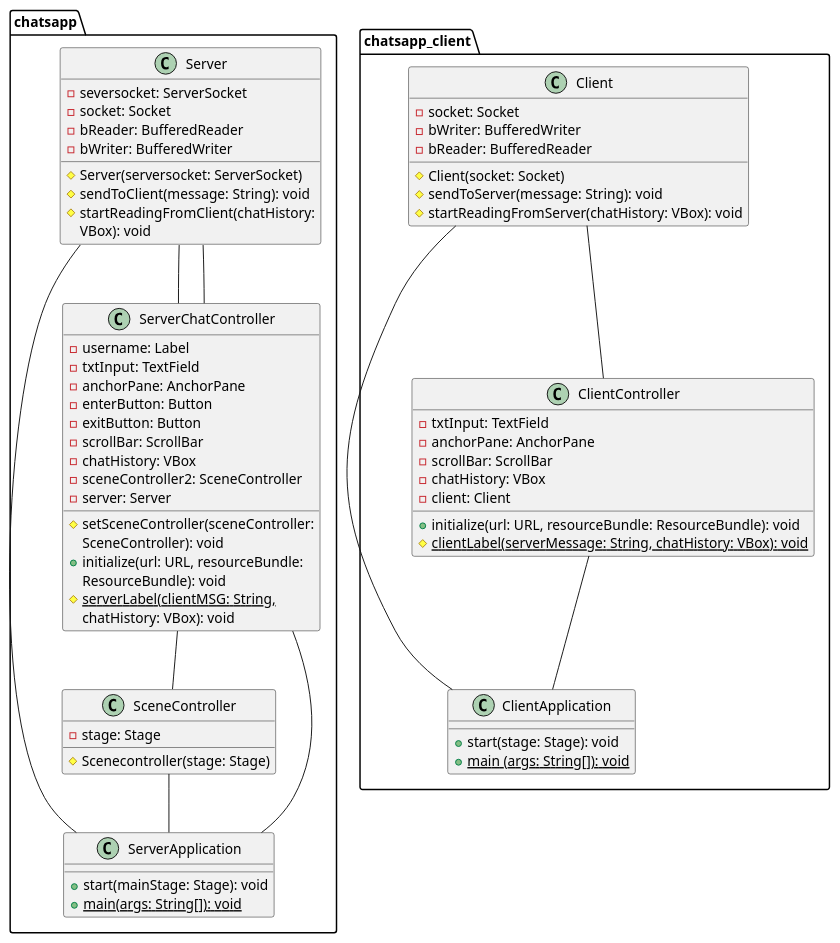
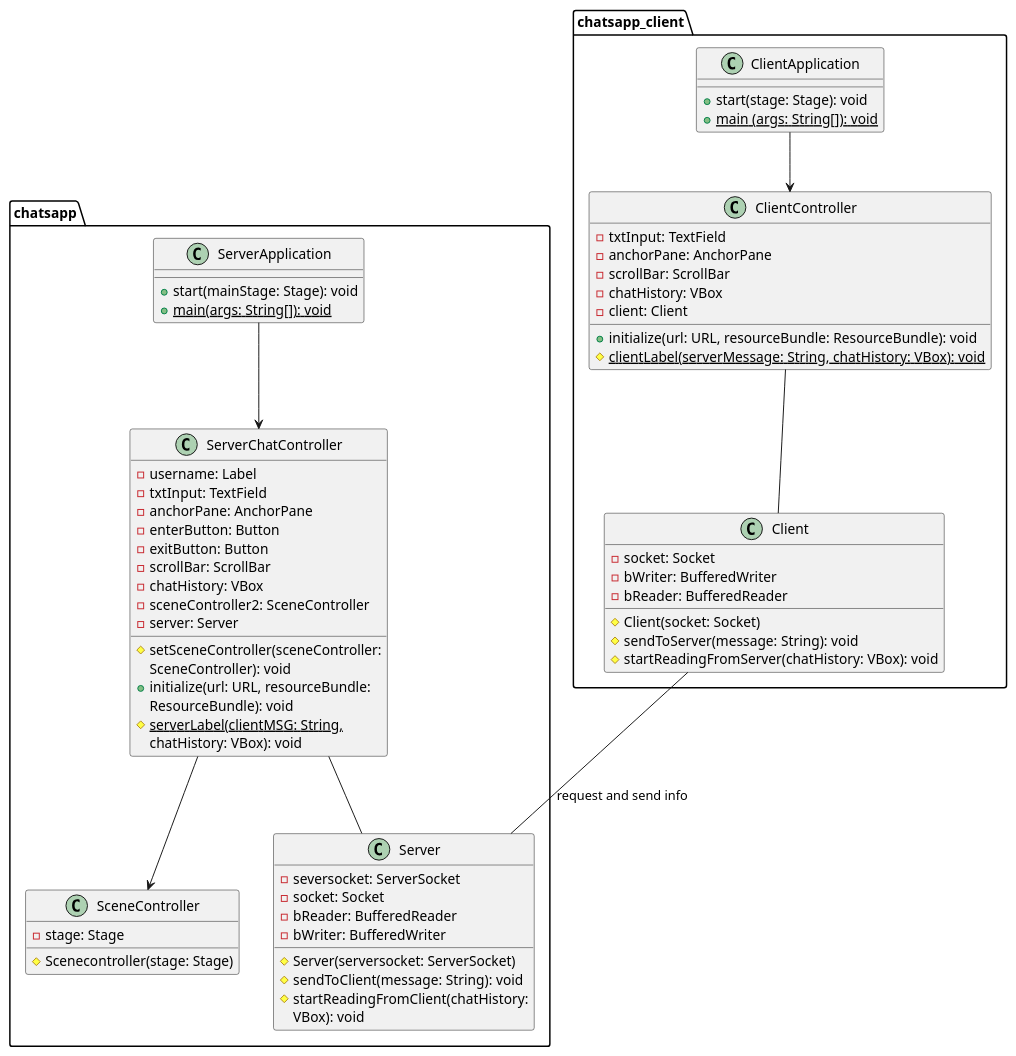
One commit to Nelle868/ChatsApp changed the diagram in classdiagram.puml. Above: the diagram before and after it, drawn with PlantUML.

```diff
--- a/classdiagram.puml
+++ b/classdiagram.puml
@@ -1,79 +1,80 @@
 @startuml
 
 package chatsapp {
     class SceneController{
      - stage: Stage
      # Scenecontroller(stage: Stage)
  }
     class Server{
      - seversocket: ServerSocket
      - socket: Socket
      - bReader: BufferedReader
      - bWriter: BufferedWriter
      # Server(serversocket: ServerSocket)
      # sendToClient(message: String): void
      # startReadingFromClient(chatHistory: 
  VBox): void
  }
     class ServerApplication{
      + start(mainStage: Stage): void 
      + {static} main(args: String[]): void
  }
     class ServerChatController{
      - username: Label
      - txtInput: TextField
      - anchorPane: AnchorPane
      - enterButton: Button
      - exitButton: Button
      - scrollBar: ScrollBar
      - chatHistory: VBox
      - sceneController2: SceneController
      - server: Server
      # setSceneController(sceneController: 
  SceneController): void
      + initialize(url: URL, resourceBundle: 
  ResourceBundle): void
      # {static} serverLabel(clientMSG: String, 
  chatHistory: VBox): void 
  
  }
 }
 
 package chatsapp_client {
     class Client{
         - socket: Socket
         - bWriter: BufferedWriter
         - bReader: BufferedReader
 
         # Client(socket: Socket)
         # sendToServer(message: String): void
         # startReadingFromServer(chatHistory: VBox): void
     }
     class ClientApplication{
         + start(stage: Stage): void
         + main {static}(args: String[]): void
     }
     class ClientController{
         - txtInput: TextField
         - anchorPane: AnchorPane
         - scrollBar: ScrollBar
         - chatHistory: VBox
         - client: Client
 
         + initialize(url: URL, resourceBundle: ResourceBundle): void
         # {static}clientLabel(serverMessage: String, chatHistory: VBox): void
     }
 }
 
-SceneController -- ServerApplication
-Server -- ServerApplication
-Server -- ServerChatController
-ServerChatController -- ServerApplication
+
+ServerApplication --> ServerChatController 
 ServerChatController -- Server
-ServerChatController -- SceneController
+ServerChatController --> SceneController
 
-Client -- ClientApplication
-Client -- ClientController
-ClientController -- ClientApplication
+ClientApplication --> ClientController
+ClientController -- Client
+
+
+Client -- Server: request and send info
+
 
 @enduml
```
